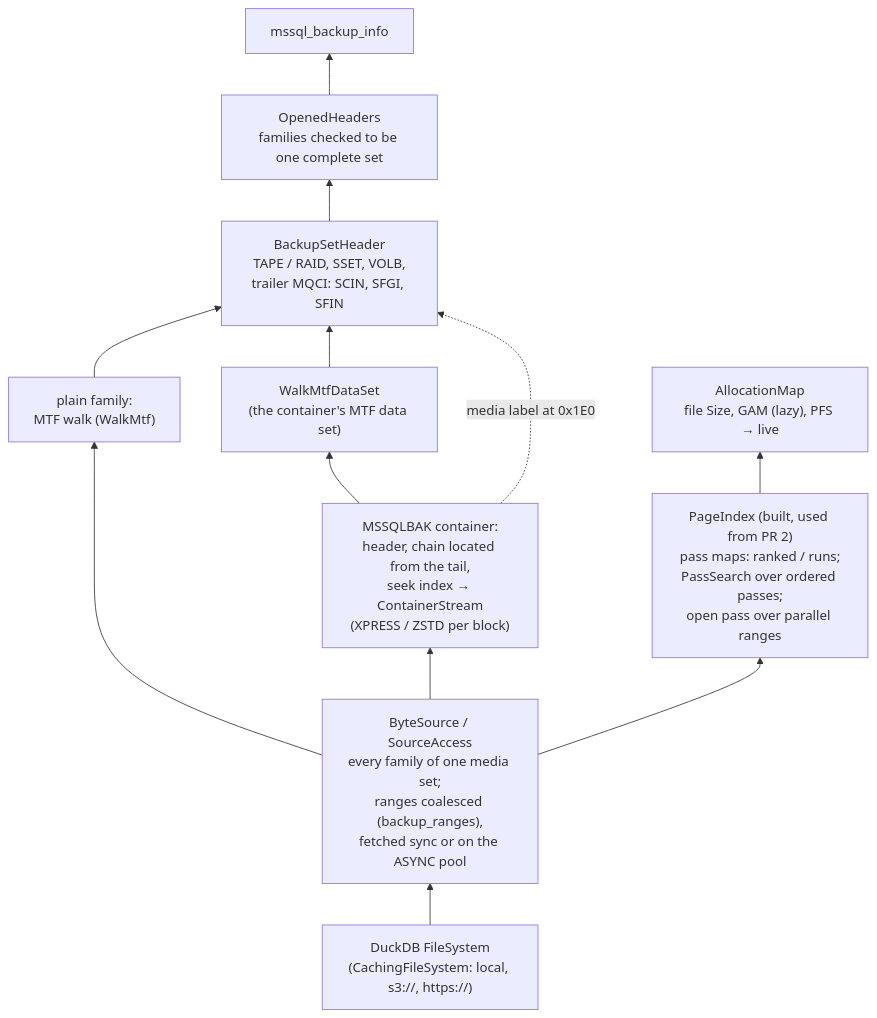
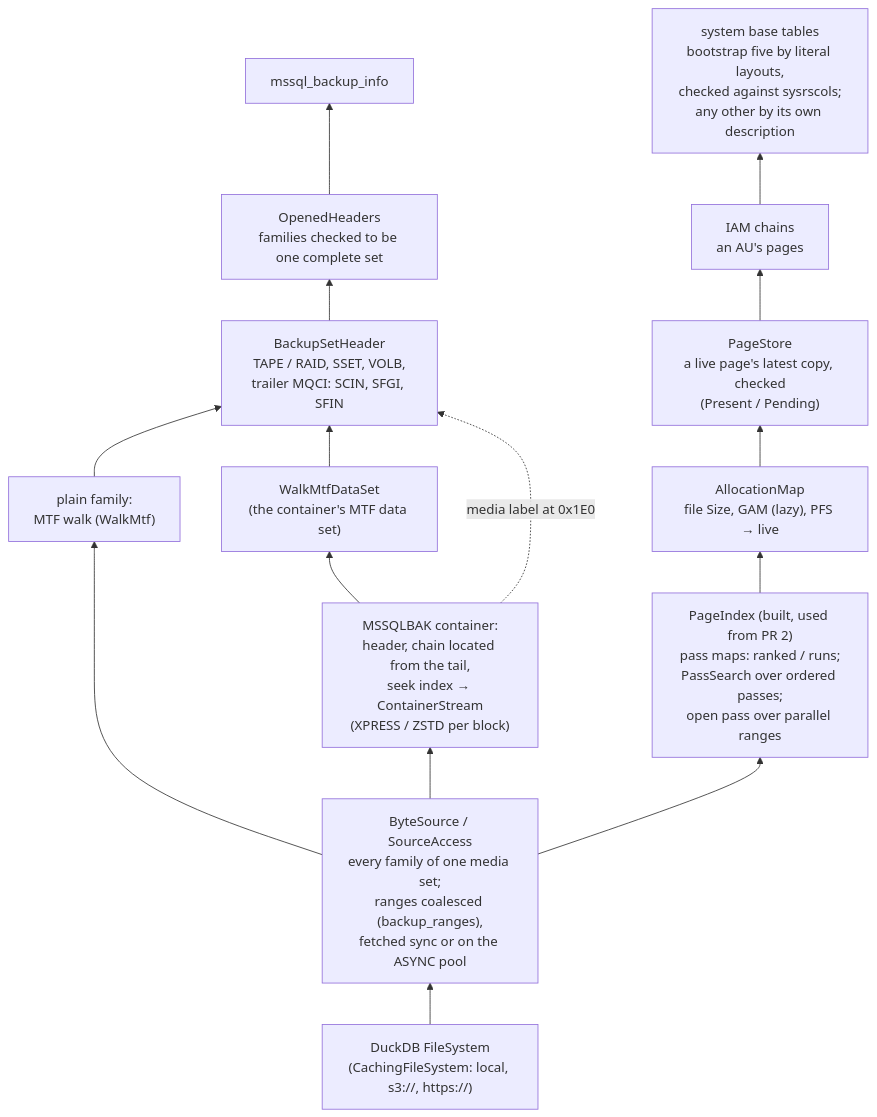
One commit to hugr-lab/mssql-extension changed diagram 19 of 20 in DATAMODEL.md. Above: the diagram before and after it, drawn with Mermaid. The commit also changed other lines of this file and 9 other files, not shown here.

````diff
--- a/DATAMODEL.md
+++ b/DATAMODEL.md
@@ -1402,14 +1402,17 @@
 ```mermaid
 flowchart BT
   fs["DuckDB FileSystem<br/>(CachingFileSystem: local, s3://, https://)"] --> src["ByteSource / SourceAccess<br/>every family of one media set;<br/>ranges coalesced (backup_ranges),<br/>fetched sync or on the ASYNC pool"]
   src --> plain["plain family:<br/>MTF walk (WalkMtf)"]
   src --> cont["MSSQLBAK container:<br/>header, chain located from the tail,<br/>seek index → ContainerStream<br/>(XPRESS / ZSTD per block)"]
   cont --> ds["WalkMtfDataSet<br/>(the container's MTF data set)"]
   plain --> set["BackupSetHeader<br/>TAPE / RAID, SSET, VOLB,<br/>trailer MQCI: SCIN, SFGI, SFIN"]
   ds --> set
   cont -. media label at 0x1E0 .-> set
   set --> opened["OpenedHeaders<br/>families checked to be one complete set"]
   opened --> info["mssql_backup_info"]
   src --> idx["PageIndex (built, used from PR 2)<br/>pass maps: ranked / runs;<br/>PassSearch over ordered passes;<br/>open pass over parallel ranges"]
   idx --> alloc["AllocationMap<br/>file Size, GAM (lazy), PFS → live"]
+  alloc --> store["PageStore<br/>a live page's latest copy, checked<br/>(Present / Pending)"]
+  store --> iam["IAM chains<br/>an AU's pages"]
+  iam --> sys["system base tables<br/>bootstrap five by literal layouts,<br/>checked against sysrscols;<br/>any other by its own description"]
 ```
````
